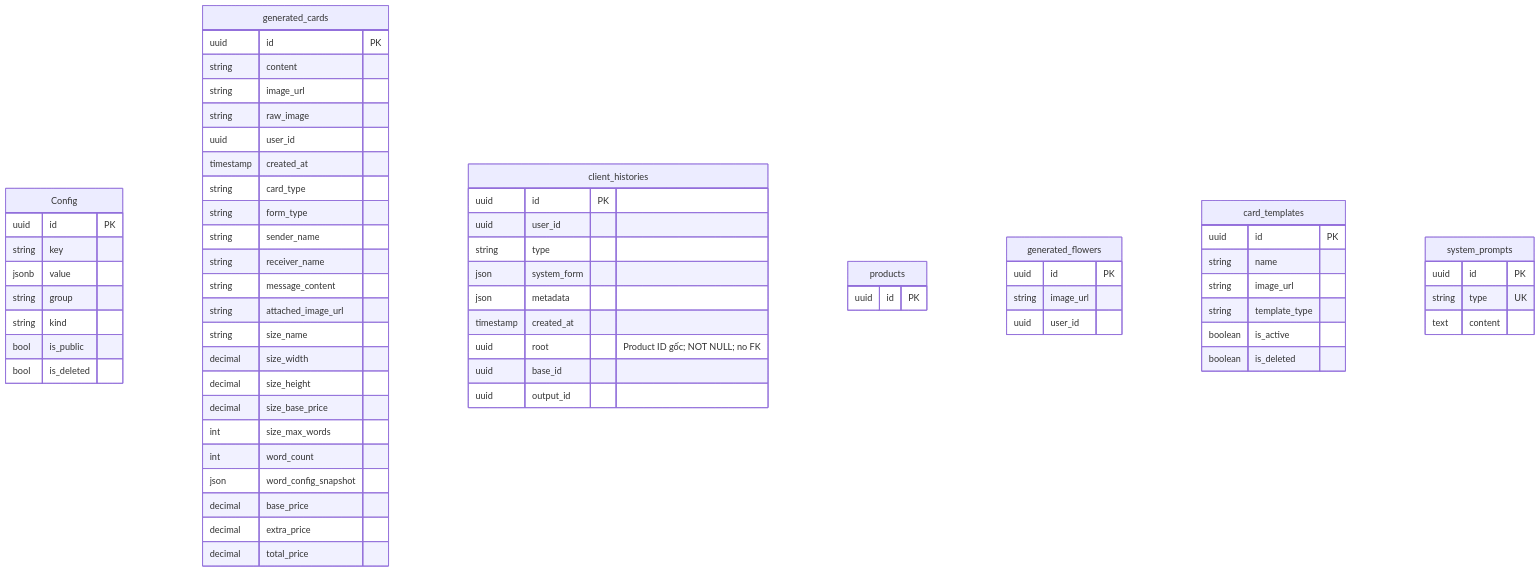
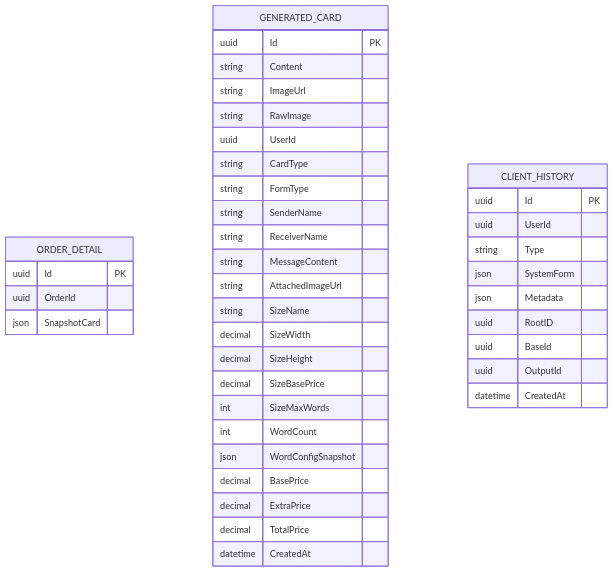
Before and after one commit to TaskCoper/hoatheomua-be: the fourth of 4 diagrams in HoaTheoMua.Repository/docs/tdd/TDD-006/TDD-006-tao-thiep-thiet-ke-ai.md, drawn with Mermaid. The commit also changed other lines of this file and 499 other files, not shown here.

````diff
--- a/HoaTheoMua.Repository/docs/tdd/TDD-006/TDD-006-tao-thiep-thiet-ke-ai.md
+++ b/HoaTheoMua.Repository/docs/tdd/TDD-006/TDD-006-tao-thiep-thiet-ke-ai.md
@@ -159,68 +194,45 @@
 ```mermaid
 erDiagram
-    Config {
-        uuid id PK
-        string key
-        jsonb value
-        string group
-        string kind
-        bool is_public
-        bool is_deleted
+    ORDER_DETAIL {
+        uuid Id PK
+        uuid OrderId
+        json SnapshotCard
     }
-    generated_cards {
-        uuid id PK
-        string content
-        string image_url
-        string raw_image
-        uuid user_id
-        timestamp created_at
-        string card_type
-        string form_type
-        string sender_name
-        string receiver_name
-        string message_content
-        string attached_image_url
-        string size_name
-        decimal size_width
-        decimal size_height
-        decimal size_base_price
-        int size_max_words
-        int word_count
-        json word_config_snapshot
-        decimal base_price
-        decimal extra_price
-        decimal total_price
+
+    GENERATED_CARD {
+        uuid Id PK
+        string Content
+        string ImageUrl
+        string RawImage
+        uuid UserId
+        string CardType
+        string FormType
+        string SenderName
+        string ReceiverName
+        string MessageContent
+        string AttachedImageUrl
+        string SizeName
+        decimal SizeWidth
+        decimal SizeHeight
+        decimal SizeBasePrice
+        int SizeMaxWords
+        int WordCount
+        json WordConfigSnapshot
+        decimal BasePrice
+        decimal ExtraPrice
+        decimal TotalPrice
+        datetime CreatedAt
     }
-    client_histories {
-        uuid id PK
-        uuid user_id
-        string type
-        json system_form
-        json metadata
-        timestamp created_at
-        uuid root "Product ID gốc; NOT NULL; no FK"
-        uuid base_id
-        uuid output_id
-    }
-    products {
-        uuid id PK
-    }
-    generated_flowers {
-        uuid id PK
-        string image_url
-        uuid user_id
-    }
-    card_templates {
-        uuid id PK
-        string name
-        string image_url
-        string template_type
-        boolean is_active
-        boolean is_deleted
-    }
-    system_prompts {
-        uuid id PK
-        string type UK
-        text content
+
+    CLIENT_HISTORY {
+        uuid Id PK
+        uuid UserId
+        string Type
+        json SystemForm
+        json Metadata
+        uuid RootID
+        uuid BaseId
+        uuid OutputId
+        datetime CreatedAt
     }
 ```
````
